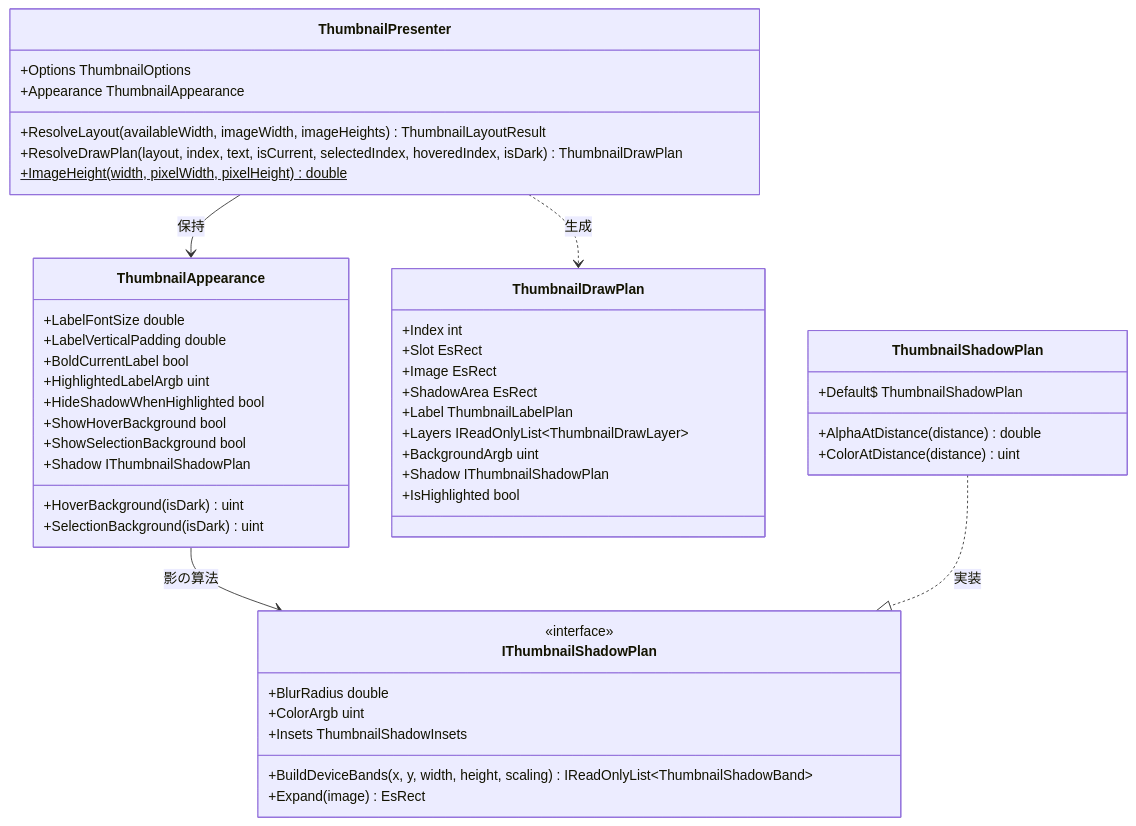
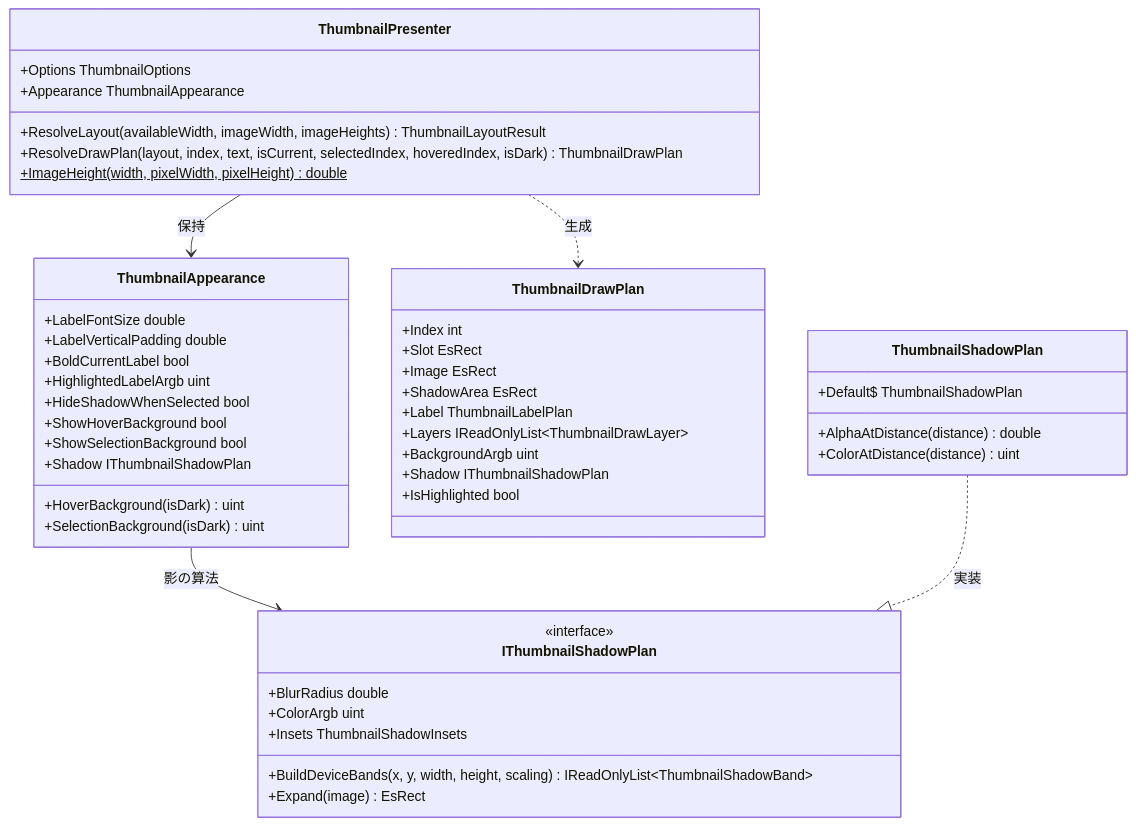
One commit to tomokuni/EsUtil changed the second of 4 diagrams in EsUtil/Feature.Thumbnail.Presenter/docs/SPEC_System.md. Above: the diagram before and after it, drawn with Mermaid. The commit also changed other lines of this file and 109 other files, not shown here.

````diff
--- a/EsUtil/Feature.Thumbnail.Presenter/docs/SPEC_System.md
+++ b/EsUtil/Feature.Thumbnail.Presenter/docs/SPEC_System.md
@@ -108,51 +108,51 @@
 ```mermaid
 classDiagram
     class ThumbnailPresenter {
         +Options ThumbnailOptions
         +Appearance ThumbnailAppearance
         +ResolveLayout(availableWidth, imageWidth, imageHeights) ThumbnailLayoutResult
         +ResolveDrawPlan(layout, index, text, isCurrent, selectedIndex, hoveredIndex, isDark) ThumbnailDrawPlan
         +ImageHeight(width, pixelWidth, pixelHeight)$ double
     }
     class ThumbnailAppearance {
         +LabelFontSize double
         +LabelVerticalPadding double
         +BoldCurrentLabel bool
         +HighlightedLabelArgb uint
-        +HideShadowWhenHighlighted bool
+        +HideShadowWhenSelected bool
         +ShowHoverBackground bool
         +ShowSelectionBackground bool
         +Shadow IThumbnailShadowPlan
         +HoverBackground(isDark) uint
         +SelectionBackground(isDark) uint
     }
     class ThumbnailDrawPlan {
         +Index int
         +Slot EsRect
         +Image EsRect
         +ShadowArea EsRect
         +Label ThumbnailLabelPlan
         +Layers IReadOnlyList~ThumbnailDrawLayer~
         +BackgroundArgb uint
         +Shadow IThumbnailShadowPlan
         +IsHighlighted bool
     }
     class IThumbnailShadowPlan {
         <<interface>>
         +BlurRadius double
         +ColorArgb uint
         +Insets ThumbnailShadowInsets
         +BuildDeviceBands(x, y, width, height, scaling) IReadOnlyList~ThumbnailShadowBand~
         +Expand(image) EsRect
     }
     class ThumbnailShadowPlan {
         +Default$ ThumbnailShadowPlan
         +AlphaAtDistance(distance) double
         +ColorAtDistance(distance) uint
     }
 
     ThumbnailPresenter --> ThumbnailAppearance : 保持
     ThumbnailPresenter ..> ThumbnailDrawPlan : 生成
     ThumbnailAppearance --> IThumbnailShadowPlan : 影の算法
     ThumbnailShadowPlan ..|> IThumbnailShadowPlan : 実装
 ```
````
